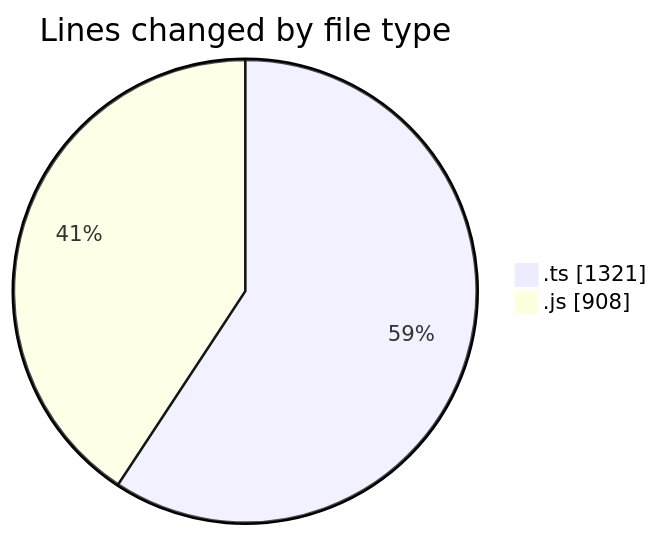
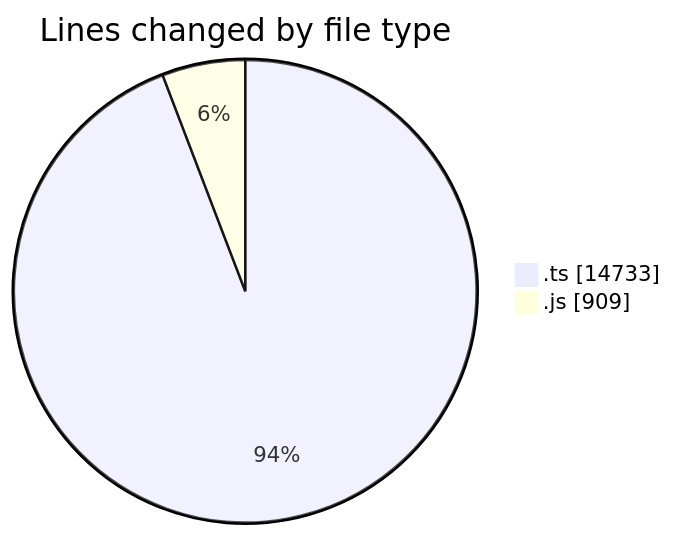
Before and after one commit to momahboobian/code-tracking: the first of 2 diagrams in 2026-02-03/cda/README.md, drawn with Mermaid. The commit also changed other lines of this file and 1 other file, not shown here.

````diff
--- a/2026-02-03/cda/README.md
+++ b/2026-02-03/cda/README.md
@@ -23,6 +24,6 @@
 ```mermaid
 pie showData
 title Lines changed by file type
-".ts" : 1321
-".js" : 908
+".ts" : 14733
+".js" : 909
 ```
````
